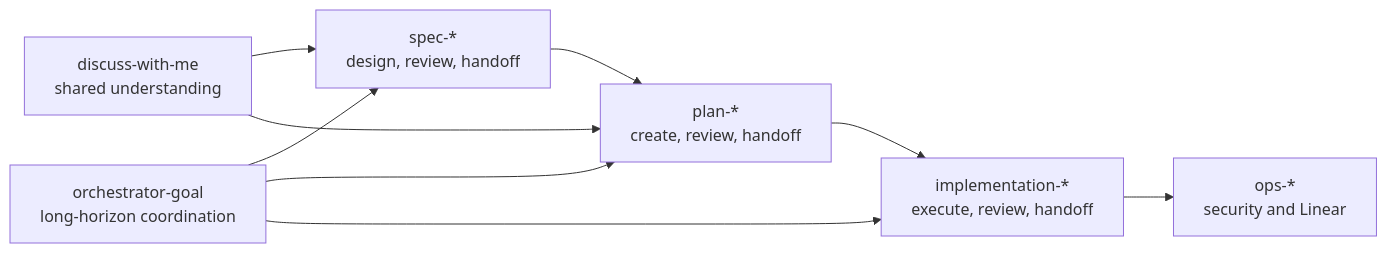
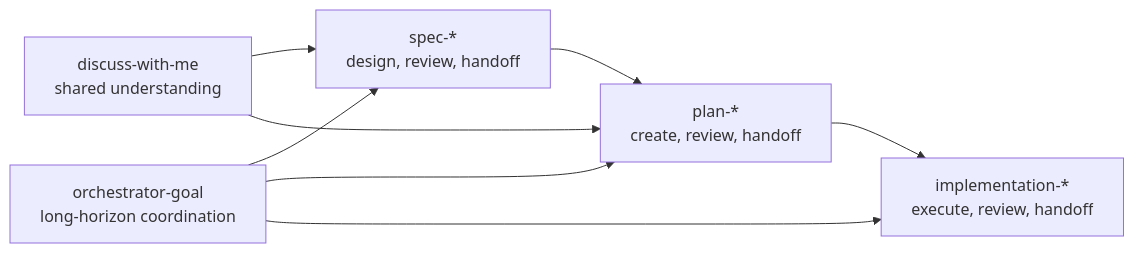
One commit to ShravanSunder/ai-tools changed the diagram in README.md. Above: the diagram before and after it, drawn with Mermaid. The commit also changed other lines of this file and 8 other files, not shown here.

````diff
--- a/README.md
+++ b/README.md
@@ -32,19 +32,17 @@
 ```mermaid
 flowchart LR
-    discuss["discuss-with-me\nshared understanding"]
-    goal["orchestrator-goal\nlong-horizon coordination"]
+    discuss["discuss-with-me<br/>shared understanding"]
+    goal["orchestrator-goal<br/>long-horizon coordination"]
 
-    spec["spec-*\ndesign, review, handoff"]
-    plan["plan-*\ncreate, review, handoff"]
-    impl["implementation-*\nexecute, review, handoff"]
-    ops["ops-*\nsecurity and Linear"]
+    spec["spec-*<br/>design, review, handoff"]
+    plan["plan-*<br/>create, review, handoff"]
+    impl["implementation-*<br/>execute, review, handoff"]
 
     discuss --> spec
     discuss --> plan
     goal --> spec
     goal --> plan
     goal --> impl
     spec --> plan
     plan --> impl
-    impl --> ops
 ```
````
